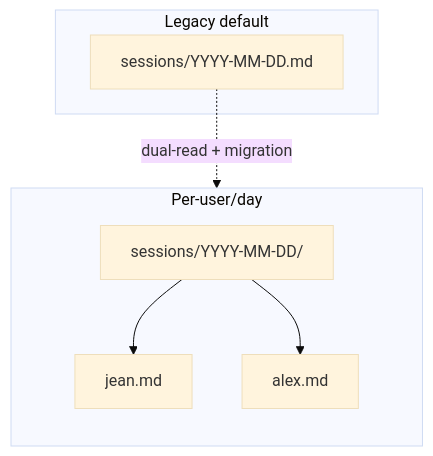
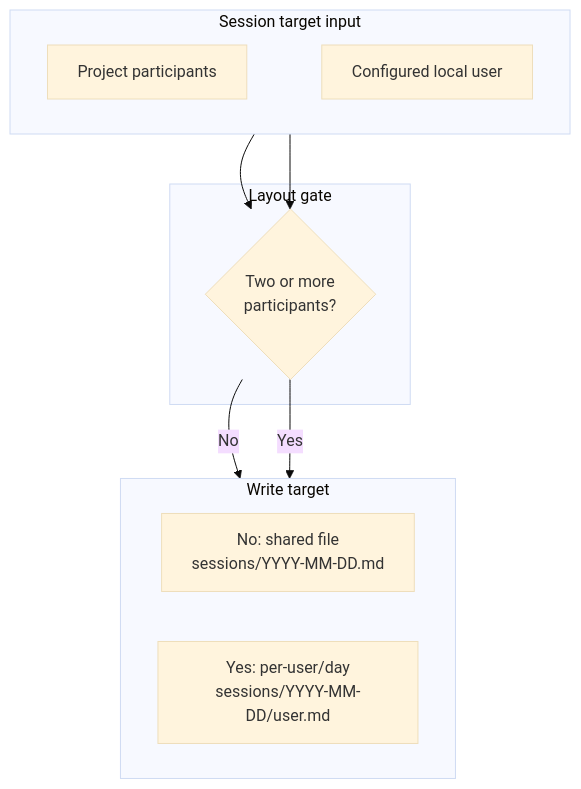
Before and after one commit to jnl-tshi/memory-seed: diagram 22 of 23 in docs/3_Spec/functionality-audit.md, drawn with Mermaid (base theme). The commit also changed other lines of this file and 10 other files, not shown here.

````diff
--- a/docs/3_Spec/functionality-audit.md
+++ b/docs/3_Spec/functionality-audit.md
@@ -488,15 +1022,24 @@
-  ```mermaid
+```mermaid
 graph TD
-  subgraph Legacy["Legacy default"]
-    A["sessions/YYYY-MM-DD.md"]
+  subgraph InputTier["Session target input"]
+    direction LR
+    A["Project participants"] ~~~ B["Configured local user"]
   end
 
-  subgraph PerUser["Per-user/day"]
-    direction TB
-    B["sessions/YYYY-MM-DD/"]
-    B --> B1["jean.md"]
-    B --> B2["alex.md"]
+  subgraph GateTier["Layout gate"]
+    G{"Two or more<br>participants?"}
   end
 
-  A -. "dual-read + migration" .-> B
+  subgraph OutputTier["Write target"]
+    direction LR
+    FLAT["No: shared file<br>sessions/YYYY-MM-DD.md"]
+    SPLIT["Yes: per-user/day<br>sessions/YYYY-MM-DD/user.md"]
+  end
+
+  InputTier ~~~ GateTier
+  GateTier ~~~ OutputTier
+  A --> G
+  B --> G
+  G -- No --> FLAT
+  G -- Yes --> SPLIT
 ```
````
